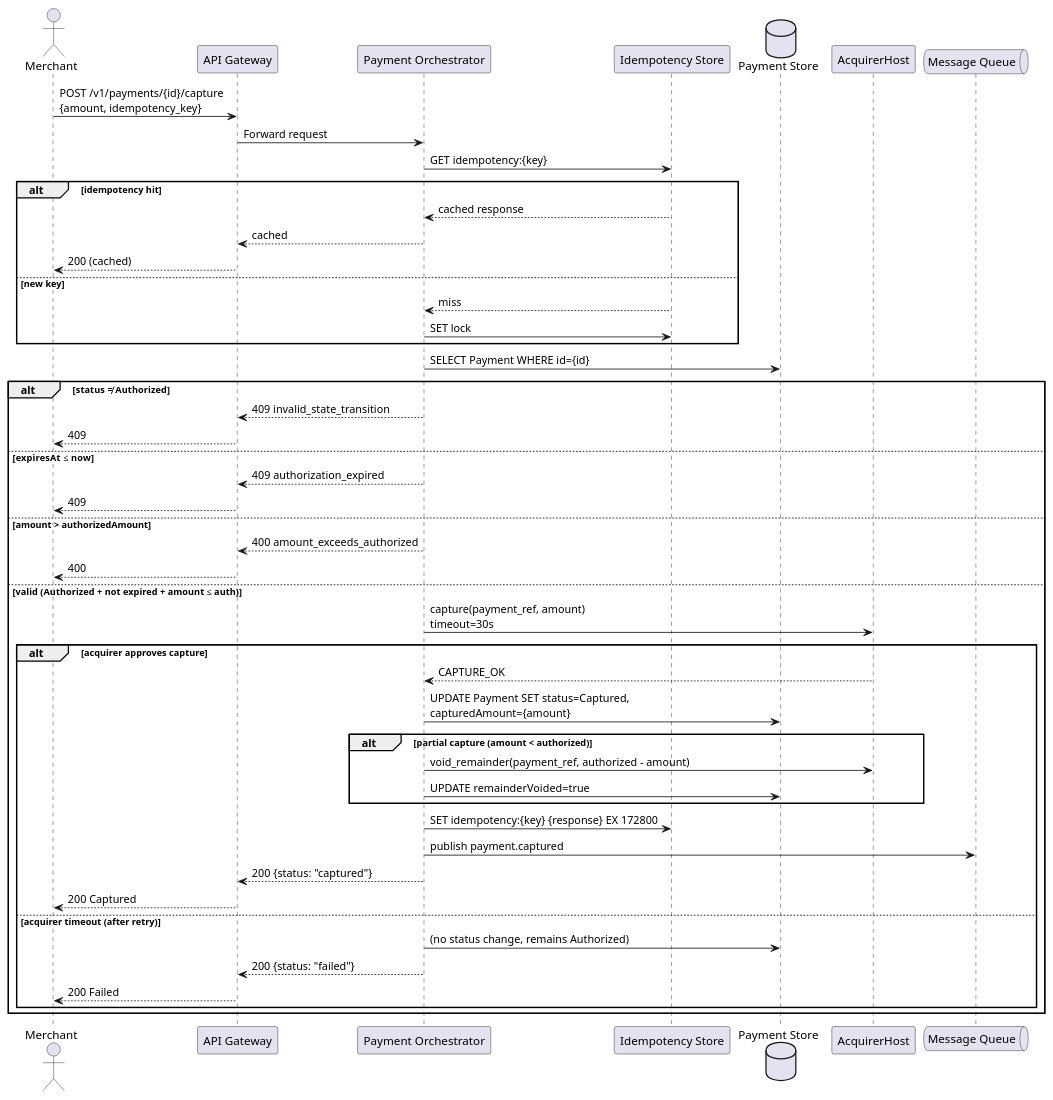
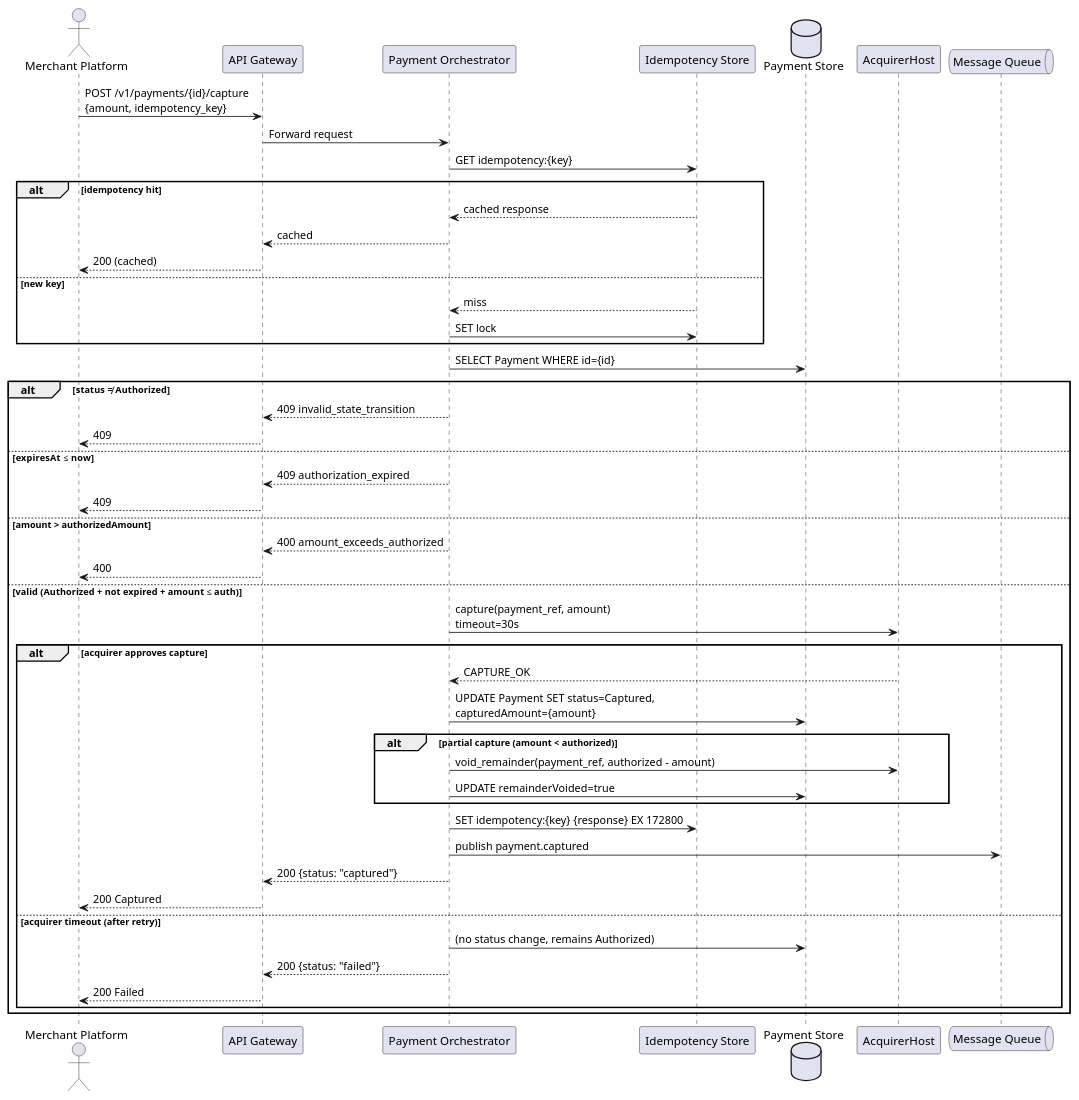
One commit to manhtienptit/team3 changed the second of 5 diagrams in Lb/Lab5-UML-LowLevel.md. Above: the diagram before and after it, drawn with PlantUML. The commit also changed other lines of this file and 6 other files, not shown here.

````diff
--- a/Lb/Lab5-UML-LowLevel.md
+++ b/Lb/Lab5-UML-LowLevel.md
@@ -151,60 +147,60 @@
 ```plantuml
 @startuml
-actor Merchant
+actor "Merchant Platform" as Merchant
 participant "API Gateway" as APIGW
 participant "Payment Orchestrator" as Orch
 participant "Idempotency Store" as Redis
 database "Payment Store" as PG
 participant "AcquirerHost" as Acquirer
 queue "Message Queue" as MQ
 
 Merchant -> APIGW : POST /v1/payments/{id}/capture\n{amount, idempotency_key}
 APIGW -> Orch : Forward request
 
 Orch -> Redis : GET idempotency:{key}
 
 alt idempotency hit
     Redis --> Orch : cached response
     Orch --> APIGW : cached
     APIGW --> Merchant : 200 (cached)
 else new key
     Redis --> Orch : miss
     Orch -> Redis : SET lock
 end
 
 Orch -> PG : SELECT Payment WHERE id={id}
 
 alt status ≠ Authorized
     Orch --> APIGW : 409 invalid_state_transition
     APIGW --> Merchant : 409
 else expiresAt ≤ now
     Orch --> APIGW : 409 authorization_expired
     APIGW --> Merchant : 409
 else amount > authorizedAmount
     Orch --> APIGW : 400 amount_exceeds_authorized
     APIGW --> Merchant : 400
 else valid (Authorized + not expired + amount ≤ auth)
     Orch -> Acquirer : capture(payment_ref, amount)\ntimeout=30s
     
     alt acquirer approves capture
         Acquirer --> Orch : CAPTURE_OK
         Orch -> PG : UPDATE Payment SET status=Captured,\ncapturedAmount={amount}
         
         alt partial capture (amount < authorized)
             Orch -> Acquirer : void_remainder(payment_ref, authorized - amount)
             Orch -> PG : UPDATE remainderVoided=true
         end
         
         Orch -> Redis : SET idempotency:{key} {response} EX 172800
         Orch -> MQ : publish payment.captured
         Orch --> APIGW : 200 {status: "captured"}
         APIGW --> Merchant : 200 Captured
     else acquirer timeout (after retry)
         Orch -> PG : (no status change, remains Authorized)
         Orch --> APIGW : 200 {status: "failed"}
         APIGW --> Merchant : 200 Failed
     end
 end
 
 @enduml
 ```
````
